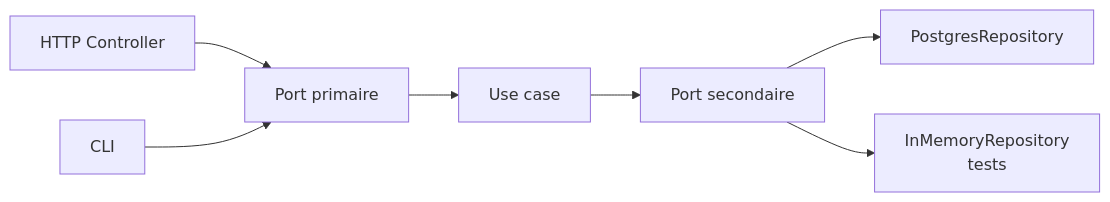
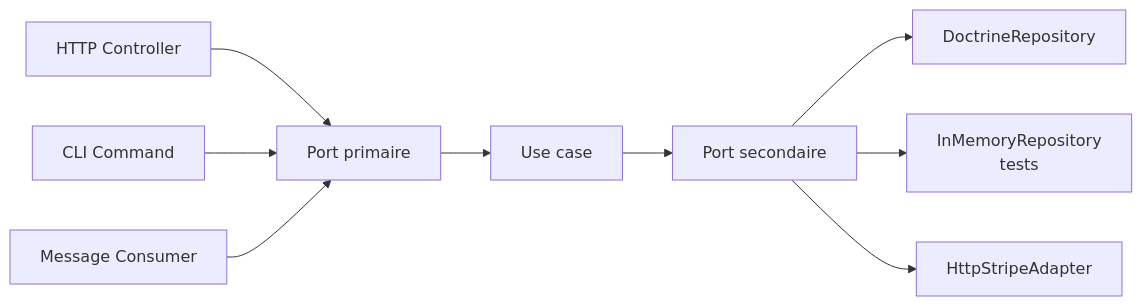
Before and after one commit to tanguychenier/architecture-hexagonale: the fifth of 8 diagrams in README.md, drawn with Mermaid. The commit also changed other lines of this file, not shown here.

````diff
--- a/README.md
+++ b/README.md
@@ -217,9 +463,11 @@
 ```mermaid
 flowchart LR
     HTTP[HTTP Controller] --> PIN[Port primaire]
-    CLI[CLI] --> PIN
+    CLI[CLI Command] --> PIN
+    MSG[Message Consumer] --> PIN
     PIN --> UC[Use case]
     UC --> POUT[Port secondaire]
-    POUT --> SQL[PostgresRepository]
+    POUT --> SQL[DoctrineRepository]
     POUT --> MEM[InMemoryRepository<br/>tests]
+    POUT --> API[HttpStripeAdapter]
 ```
````
